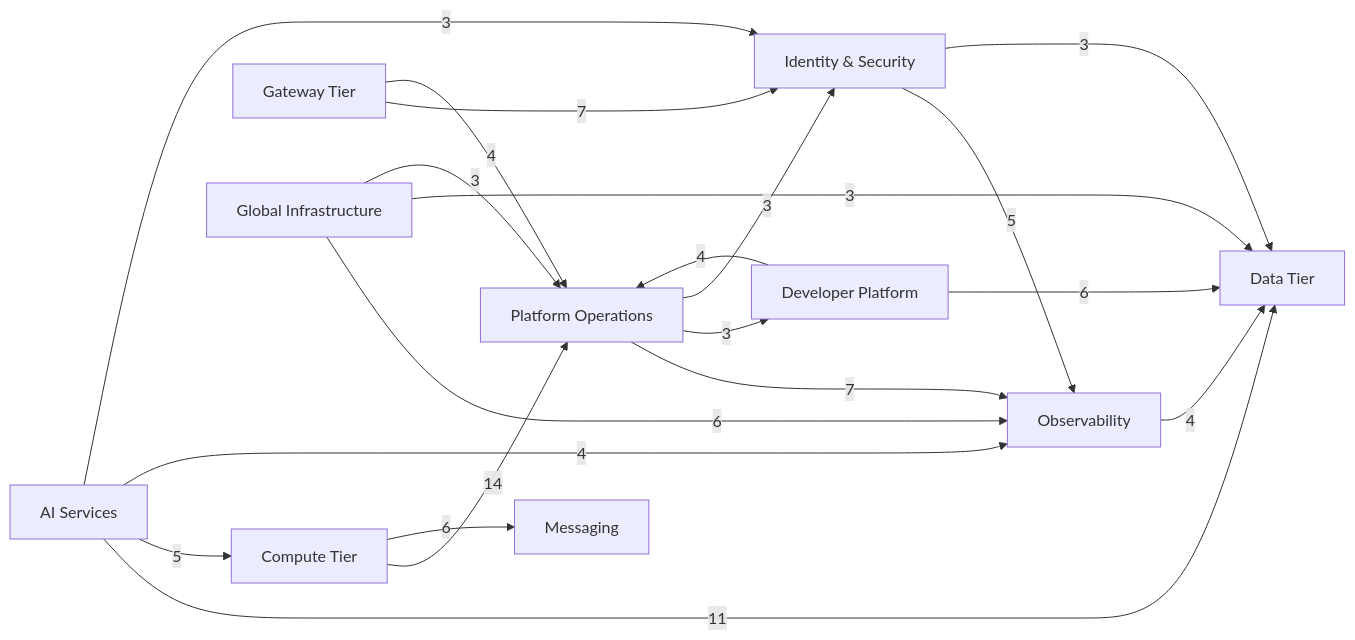
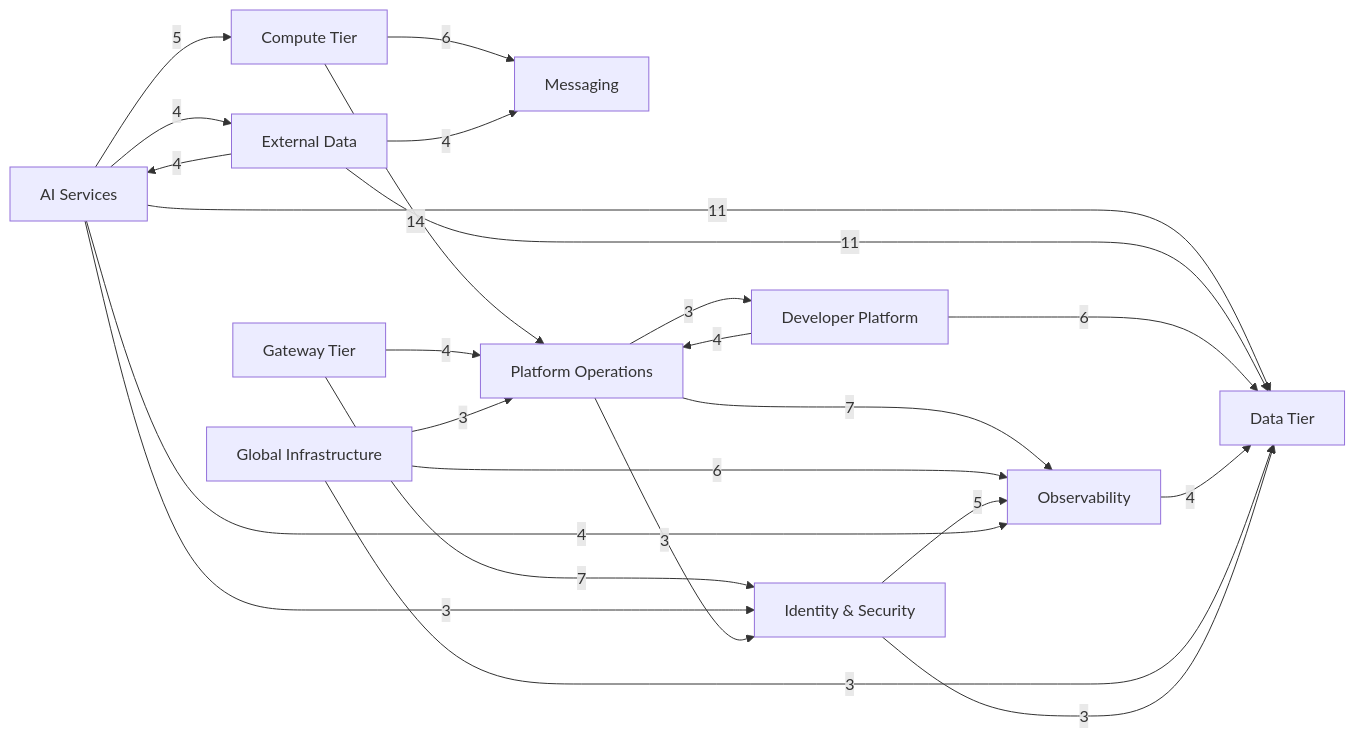
Before and after one commit to tman686/helionnova: the second of 2 diagrams in architecture/ARCHITECTURE.md, drawn with Mermaid. The commit also changed other lines of this file and 48 other files, not shown here.

First line of the commit message:
Add metadata services and an External Data tier

````diff
--- a/architecture/ARCHITECTURE.md
+++ b/architecture/ARCHITECTURE.md
@@ -542,32 +602,37 @@
 ```mermaid
 flowchart LR
     n_ai_services["AI Services"]
     n_compute_tier["Compute Tier"]
     n_data_tier["Data Tier"]
     n_developer_platform["Developer Platform"]
+    n_external_data["External Data"]
     n_gateway_tier["Gateway Tier"]
     n_global_infrastructure["Global Infrastructure"]
     n_identity_and_security["Identity &amp; Security"]
     n_messaging["Messaging"]
     n_observability["Observability"]
     n_platform_operations["Platform Operations"]
     n_compute_tier -->|14| n_platform_operations
     n_ai_services -->|11| n_data_tier
+    n_external_data -->|11| n_data_tier
     n_gateway_tier -->|7| n_identity_and_security
     n_platform_operations -->|7| n_observability
     n_compute_tier -->|6| n_messaging
     n_developer_platform -->|6| n_data_tier
     n_global_infrastructure -->|6| n_observability
     n_ai_services -->|5| n_compute_tier
     n_identity_and_security -->|5| n_observability
+    n_ai_services -->|4| n_external_data
     n_ai_services -->|4| n_observability
     n_developer_platform -->|4| n_platform_operations
+    n_external_data -->|4| n_ai_services
+    n_external_data -->|4| n_messaging
     n_gateway_tier -->|4| n_platform_operations
     n_observability -->|4| n_data_tier
     n_ai_services -->|3| n_identity_and_security
     n_global_infrastructure -->|3| n_data_tier
     n_global_infrastructure -->|3| n_platform_operations
     n_identity_and_security -->|3| n_data_tier
     n_platform_operations -->|3| n_developer_platform
     n_platform_operations -->|3| n_identity_and_security
 ```
````
